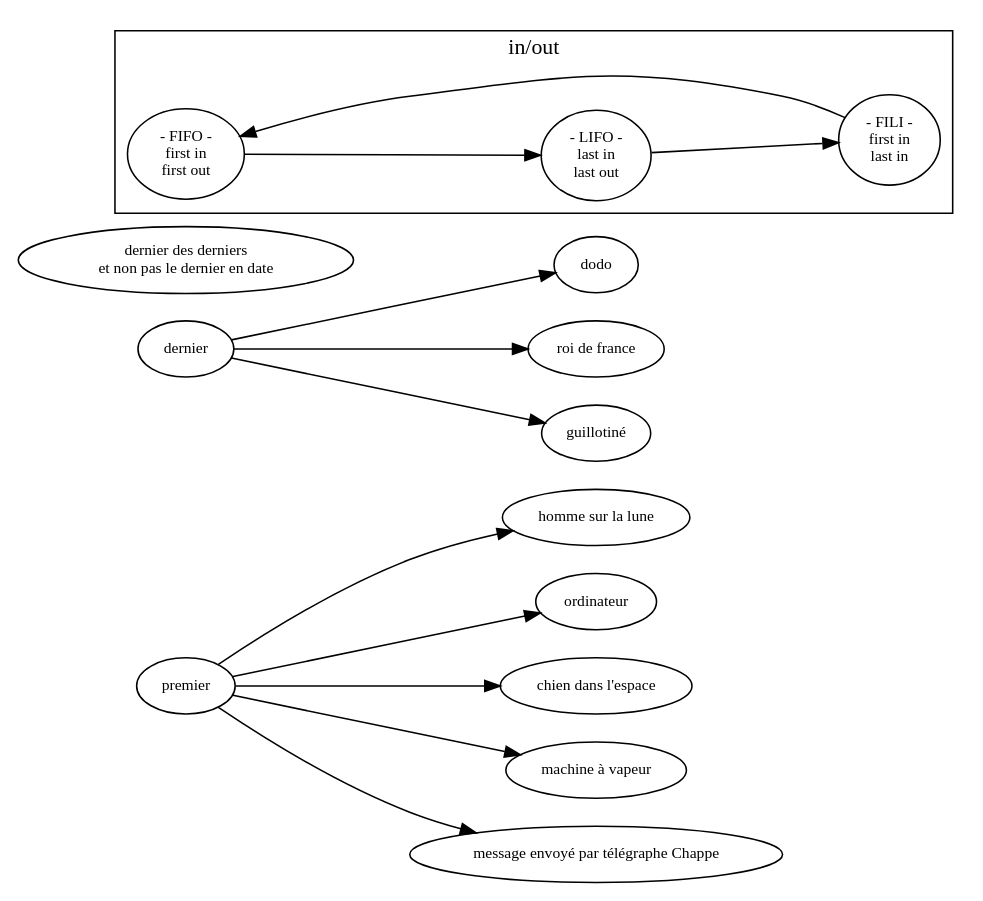
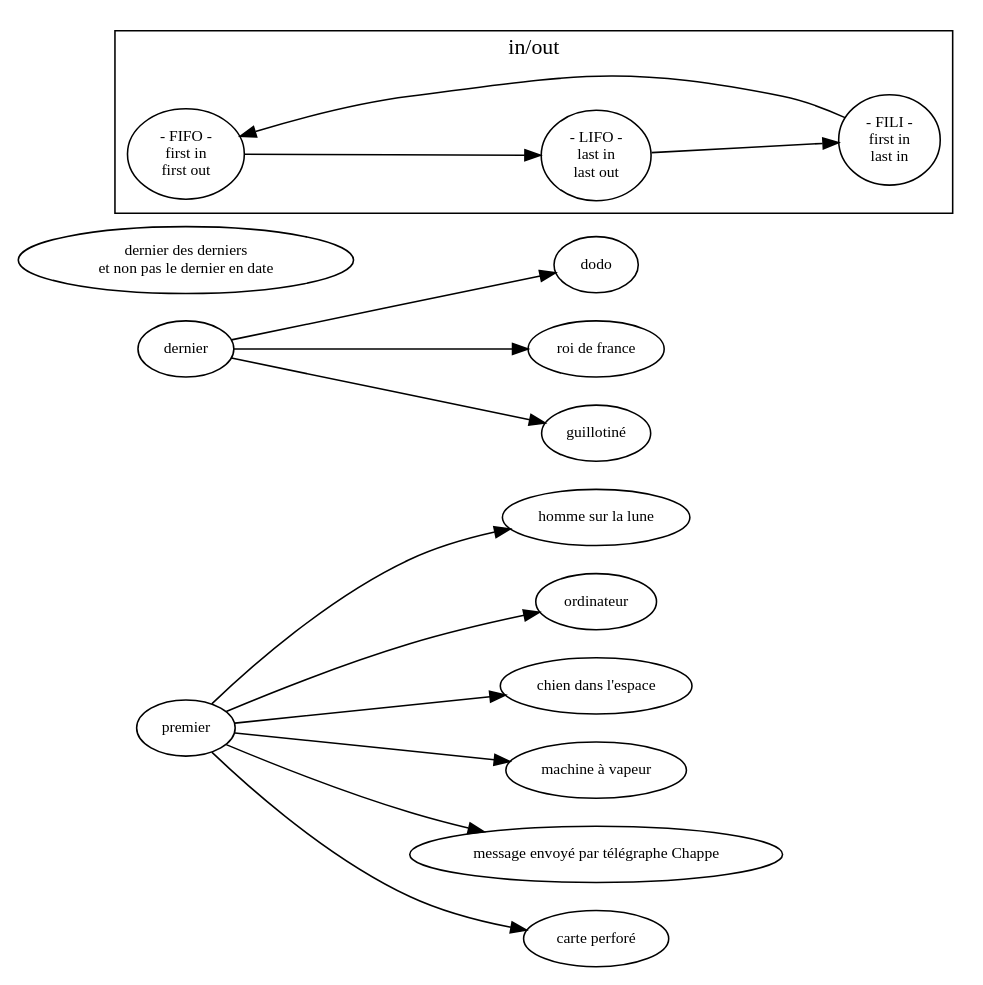
Before and after one commit to ensad-nancy/first-last: the diagram in sujet.dot, drawn with Graphviz.

Commit message:
+	first -> "carte perforé"

```diff
--- a/sujet.dot
+++ b/sujet.dot
@@ -1,35 +1,36 @@
 digraph {
 
 	fontname="myriadpro"
 	fontsize = 14
 	rankdir="LR"
 	node [fontname="myriadpro", fontsize = 10]
 	edge [fontname="monaco", fontsize = 9]
 	
 	first [label="premier"]
 	last [label="dernier"]
 	
 	"dernier des derniers\n et non pas le dernier en date" 
 
 	first -> "homme sur la lune"
 	first -> "ordinateur"
 	first -> "chien dans l'espace"
 	first -> "machine à vapeur"
 	first -> "message envoyé par télégraphe Chappe"
+	first -> "carte perforé"
 	
 	last -> dodo
 	last -> "roi de france"
 	last -> "guillotiné"
 
 	subgraph cluster_FO{
 	
 		label="in/out"
 		
 		FIFO [label="- FIFO -\nfirst in\nfirst out"]
 		LIFO [label="- LIFO -\nlast in\nlast out"]
 		FILI [label="- FILI -\nfirst in\n last in"]
 
 		FILI -> FIFO -> LIFO -> FILI
 	}
 	
 }
```
